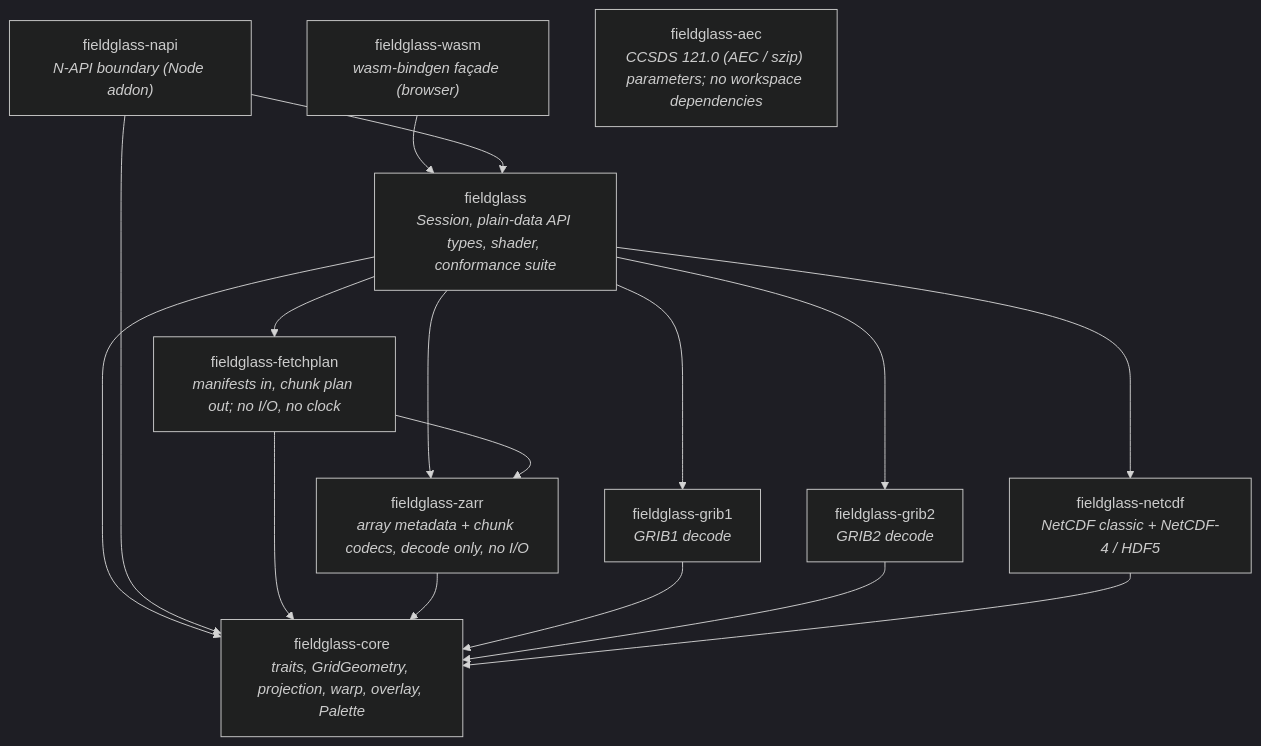
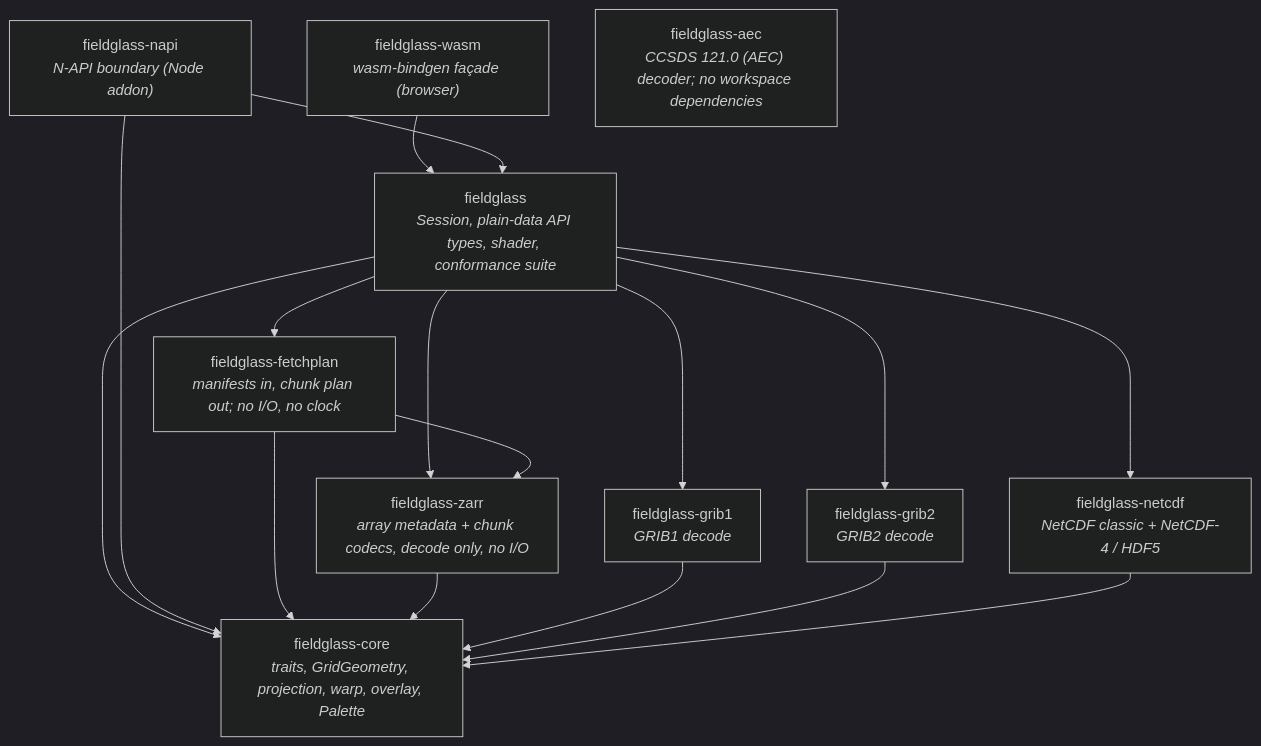
Before and after one commit to D0ubleD0uble/fieldglass: the diagram in docs/architecture/01-crates.md, drawn with Mermaid (dark theme). The commit also changed other lines of this file and 14 other files, not shown here.

````diff
--- a/docs/architecture/01-crates.md
+++ b/docs/architecture/01-crates.md
@@ -17,29 +17,29 @@
 ```mermaid
 flowchart TD
     napi["fieldglass-napi<br/><i>N-API boundary (Node addon)</i>"]
     wasm["fieldglass-wasm<br/><i>wasm-bindgen façade (browser)</i>"]
     fieldglass["fieldglass<br/><i>Session, plain-data API types, shader, conformance suite</i>"]
     grib1["fieldglass-grib1<br/><i>GRIB1 decode</i>"]
     grib2["fieldglass-grib2<br/><i>GRIB2 decode</i>"]
     netcdf["fieldglass-netcdf<br/><i>NetCDF classic + NetCDF-4 / HDF5</i>"]
     core["fieldglass-core<br/><i>traits, GridGeometry, projection, warp, overlay, Palette</i>"]
     fetchplan["fieldglass-fetchplan<br/><i>manifests in, chunk plan out; no I/O, no clock</i>"]
     zarr["fieldglass-zarr<br/><i>array metadata + chunk codecs, decode only, no I/O</i>"]
-    aec["fieldglass-aec<br/><i>CCSDS 121.0 (AEC / szip) parameters; no workspace dependencies</i>"]
+    aec["fieldglass-aec<br/><i>CCSDS 121.0 (AEC) decoder; no workspace dependencies</i>"]
 
     wasm --> fieldglass
     fieldglass --> grib1
     fieldglass --> grib2
     fieldglass --> netcdf
     fieldglass --> zarr
     fieldglass --> core
     fieldglass --> fetchplan
     napi --> fieldglass
     napi --> core
     fetchplan --> core
     fetchplan --> zarr
     zarr --> core
     grib1 --> core
     grib2 --> core
     netcdf --> core
 ```
````
